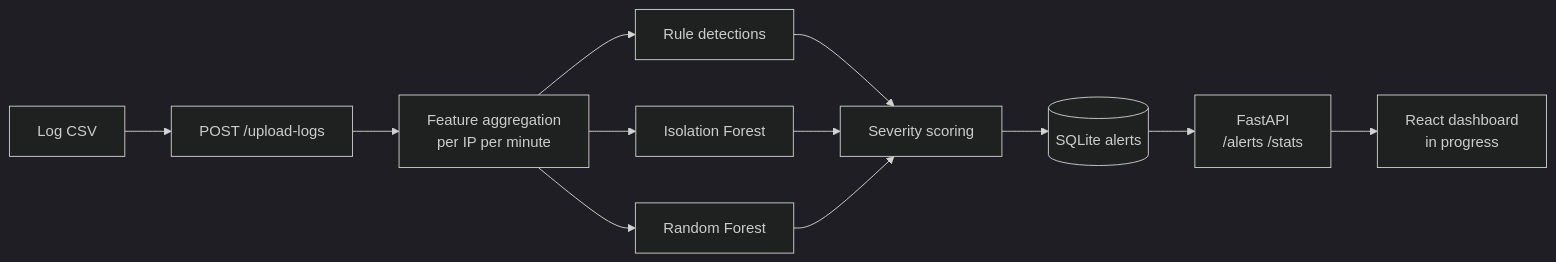
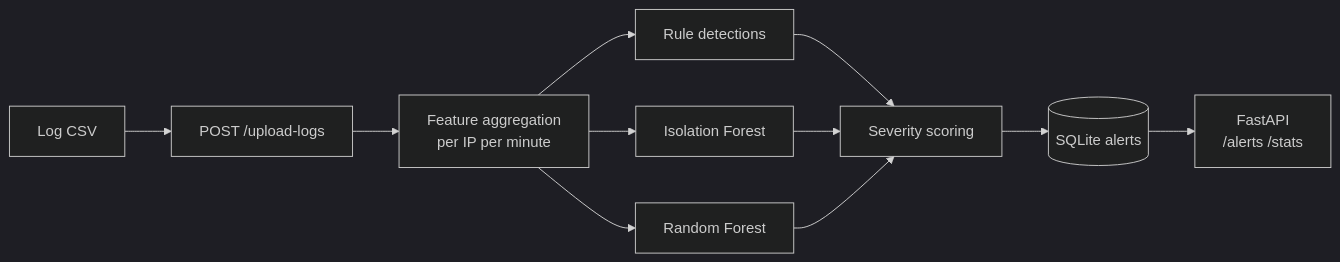
Before and after one commit to prem-2411/ai-soc-alert-triage: the diagram in README.md, drawn with Mermaid (dark theme). The commit also changed other lines of this file, not shown here.

````diff
--- a/README.md
+++ b/README.md
@@ -19,14 +20,13 @@
 ```mermaid
 flowchart LR
     A[Log CSV] --> B[POST /upload-logs]
     B --> C[Feature aggregation<br/>per IP per minute]
     C --> D[Rule detections]
     C --> E[Isolation Forest]
     C --> F[Random Forest]
     D --> G[Severity scoring]
     E --> G
     F --> G
     G --> H[(SQLite alerts)]
     H --> I[FastAPI<br/>/alerts /stats]
-    I --> J[React dashboard<br/>in progress]
 ```
````
